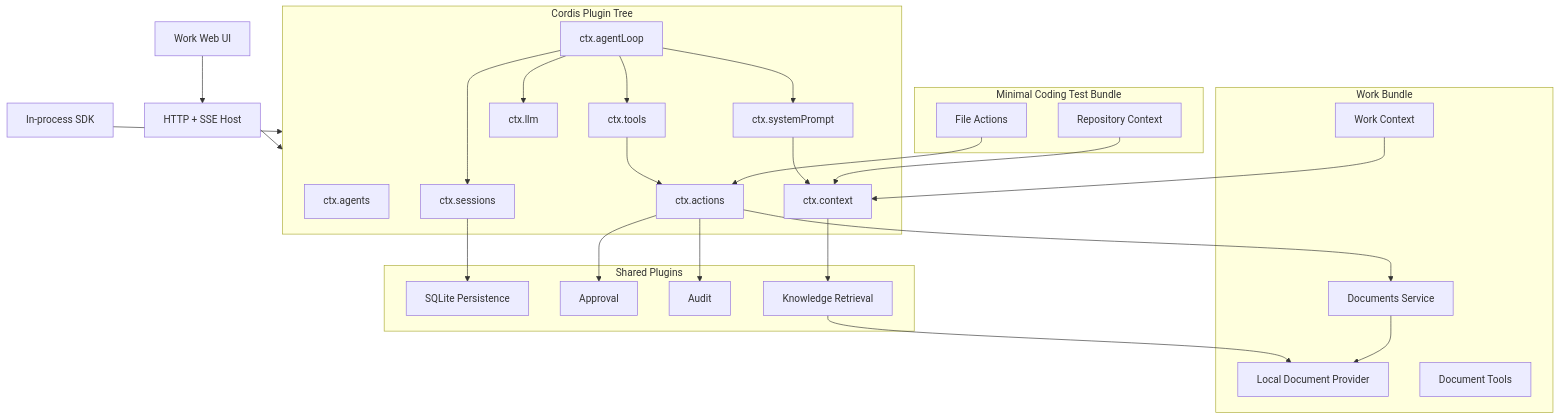
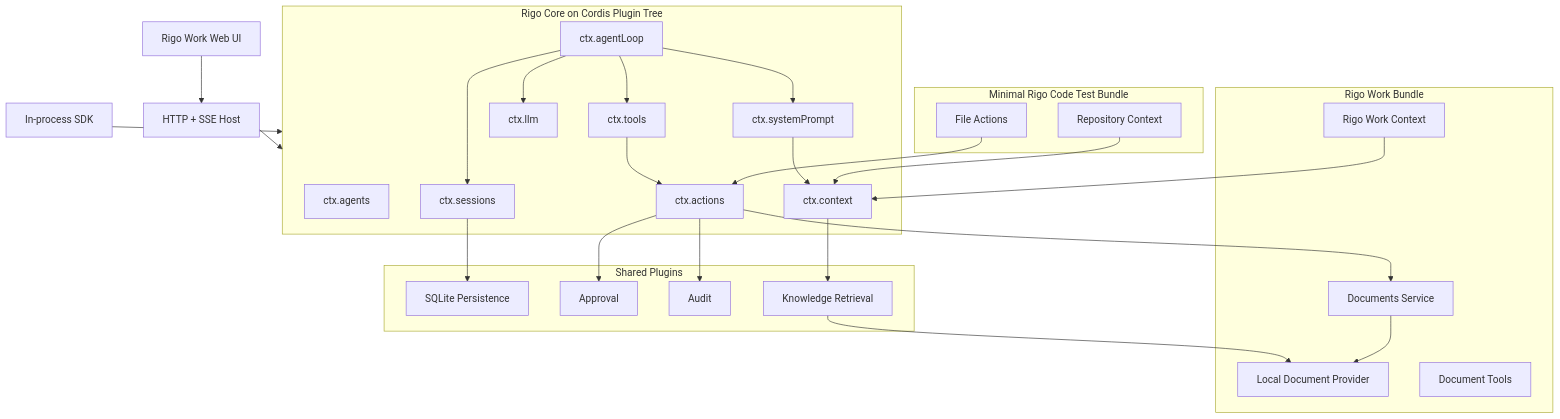
The second of 3 diagrams in tasks/spec-work-and-code-harness.md (teoclub/rigo), drawn with Mermaid before and after one commit. The commit also changed other lines of this file and 789 other files, not shown here.

First line of the commit message:
feat: implement the full Rigo Work & Code Harness plan

````diff
--- a/tasks/spec-work-and-code-harness.md
+++ b/tasks/spec-work-and-code-harness.md
@@ -44,56 +61,56 @@
 ```mermaid
 flowchart TB
-    UI["Work Web UI"] --> HTTP["HTTP + SSE Host"]
+    UI["Rigo Work Web UI"] --> HTTP["HTTP + SSE Host"]
     SDK["In-process SDK"] --> RUNTIME["Harness Runtime"]
     HTTP --> RUNTIME
 
-    subgraph RUNTIME["Cordis Plugin Tree"]
+    subgraph RUNTIME["Rigo Core on Cordis Plugin Tree"]
         AGENT["ctx.agents"]
         LOOP["ctx.agentLoop"]
         SESSION["ctx.sessions"]
         PROMPT["ctx.systemPrompt"]
         CONTEXT["ctx.context"]
         LLM["ctx.llm"]
         TOOLS["ctx.tools"]
         ACTIONS["ctx.actions"]
     end
 
     LOOP --> SESSION
     LOOP --> PROMPT
     PROMPT --> CONTEXT
     LOOP --> LLM
     LOOP --> TOOLS
     TOOLS --> ACTIONS
 
     subgraph SHARED["Shared Plugins"]
         SQLITE["SQLite Persistence"]
         APPROVAL["Approval"]
         AUDIT["Audit"]
         KNOWLEDGE["Knowledge Retrieval"]
     end
 
     SESSION --> SQLITE
     ACTIONS --> APPROVAL
     ACTIONS --> AUDIT
     CONTEXT --> KNOWLEDGE
 
-    subgraph WORK["Work Bundle"]
+    subgraph WORK["Rigo Work Bundle"]
         DOCS["Documents Service"]
         LOCALDOCS["Local Document Provider"]
         DOCTOOLS["Document Tools"]
-        WORKCTX["Work Context"]
+        WORKCTX["Rigo Work Context"]
     end
 
     KNOWLEDGE --> LOCALDOCS
     ACTIONS --> DOCS
     DOCS --> LOCALDOCS
     WORKCTX --> CONTEXT
 
-    subgraph CODING["Minimal Coding Test Bundle"]
+    subgraph CODING["Minimal Rigo Code Test Bundle"]
         REPOCTX["Repository Context"]
         FILEACTIONS["File Actions"]
     end
 
     REPOCTX --> CONTEXT
     FILEACTIONS --> ACTIONS
 ```
````
